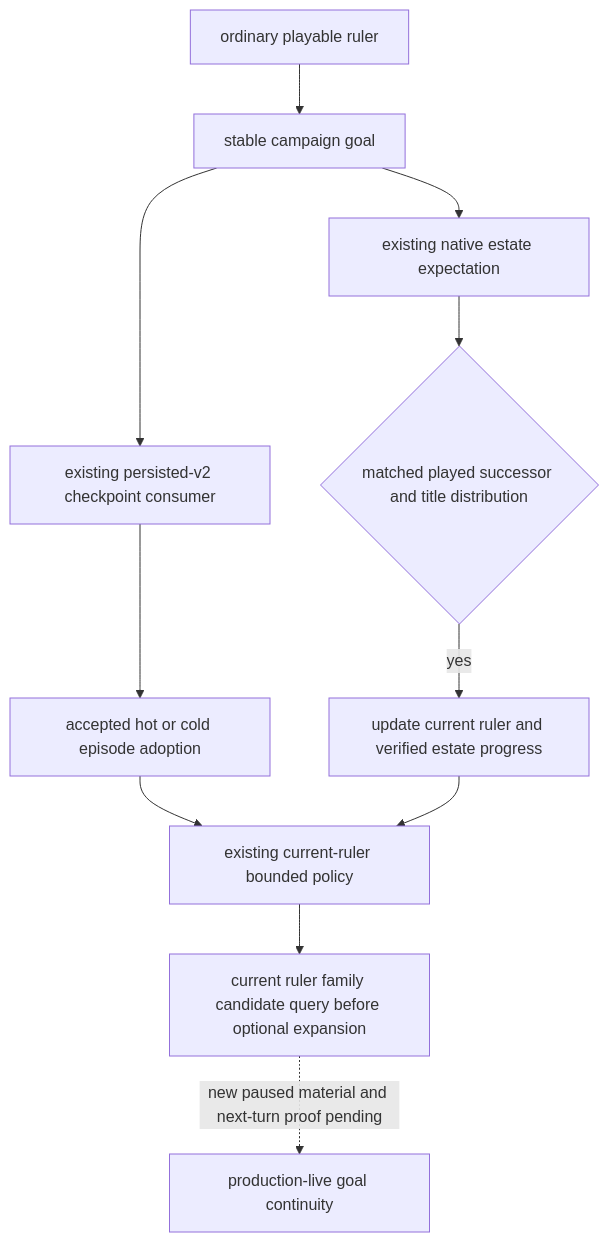
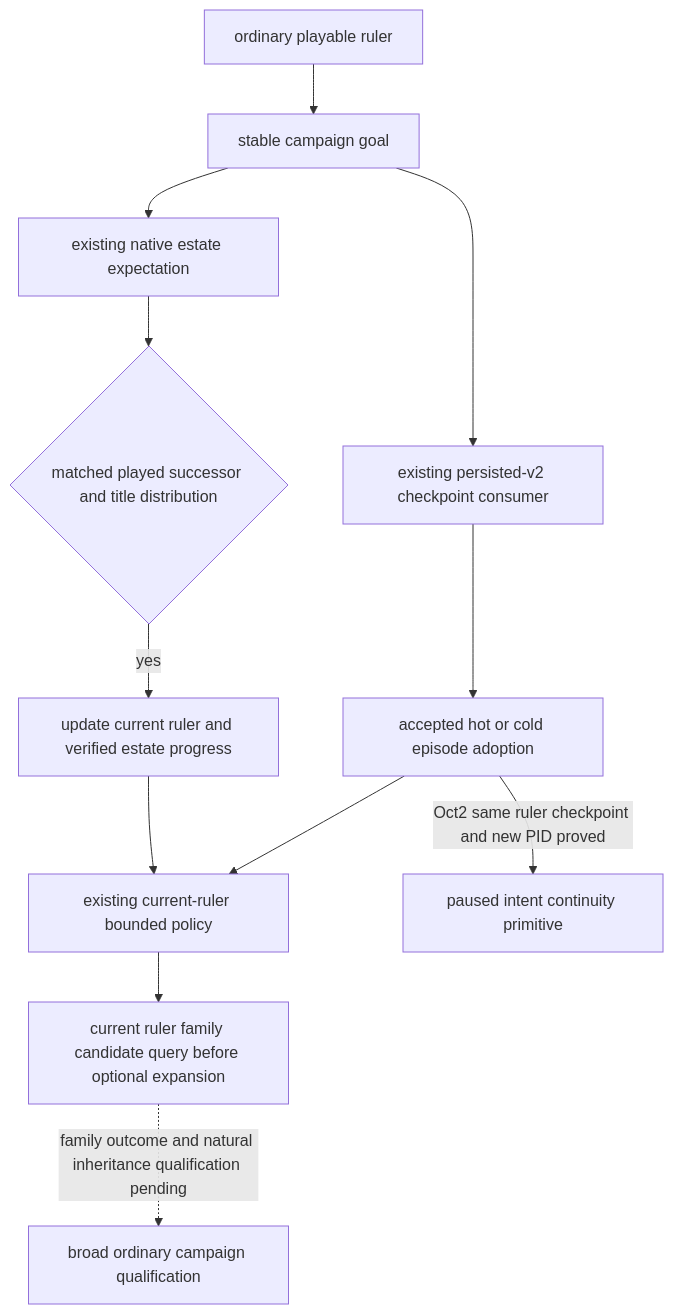
Before and after one commit to XenoAmess/ck3_eternal_recurrence: the diagram in docs/ck3-native-ai/ordinary-campaign-goal-continuity.md, drawn with Mermaid. The commit also changed other lines of this file and 11 other files, not shown here.

Commit message:
Recover family root reads and qualify feast fallback and ordinary cold intent

````diff
--- a/docs/ck3-native-ai/ordinary-campaign-goal-continuity.md
+++ b/docs/ck3-native-ai/ordinary-campaign-goal-continuity.md
@@ -62,13 +64,14 @@
 ```mermaid
 flowchart TD
     A[ordinary playable ruler] --> G[stable campaign goal]
     G --> P[existing persisted-v2 checkpoint consumer]
     P --> R[accepted hot or cold episode adoption]
     R --> S[existing current-ruler bounded policy]
     G --> E[existing native estate expectation]
     E --> C{matched played successor and title distribution}
     C -->|yes| U[update current ruler and verified estate progress]
     U --> S
     S --> F[current ruler family candidate query before optional expansion]
-    F -. new paused material and next-turn proof pending .-> L[production-live goal continuity]
+    R -->|Oct2 same ruler checkpoint and new PID proved| L[paused intent continuity primitive]
+    F -. family outcome and natural inheritance qualification pending .-> B[broad ordinary campaign qualification]
 ```
````
